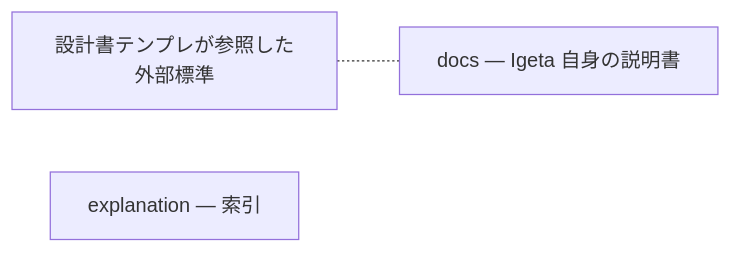
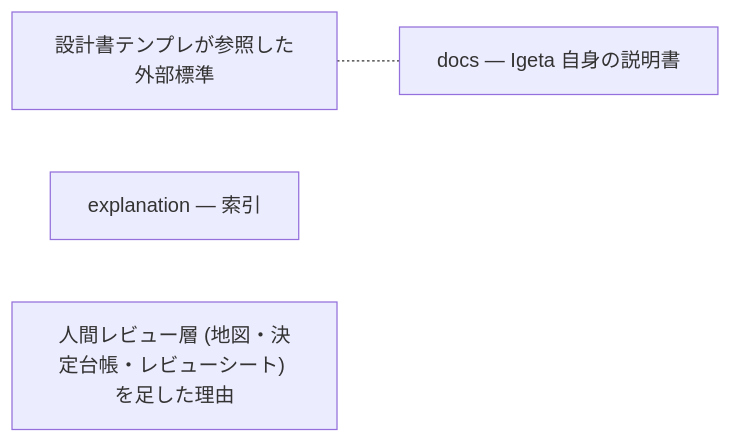
Before and after one commit to SakakitaniJunya/Igeta: the diagram in docs/dependencies.md, drawn with Mermaid. The commit also changed other lines of this file and 28 other files, not shown here.

First line of the commit message:
feat: 人間レビュー層 — 地図・決定台帳・機能ブリーフ・レビューシート・analyze・fix-ids (#12)

````diff
--- a/docs/dependencies.md
+++ b/docs/dependencies.md
@@ -12,19 +12,23 @@
 ```mermaid
 graph LR
   classDef standard fill:#fde68a,stroke:#92400e,color:#111
   classDef architecture fill:#bfdbfe,stroke:#1e3a8a,color:#111
   classDef strategy fill:#fbcfe8,stroke:#9d174d,color:#111
   classDef prd fill:#bbf7d0,stroke:#065f46,color:#111
   classDef business fill:#a7f3d0,stroke:#064e3b,color:#111
   classDef adr fill:#c7d2fe,stroke:#3730a3,color:#111
   classDef runbook fill:#fecaca,stroke:#7f1d1d,color:#111
   classDef guide fill:#e9d5ff,stroke:#581c87,color:#111
   classDef design fill:#ddd6fe,stroke:#6d28d9,color:#111
+  classDef map fill:#fef3c7,stroke:#78350f,color:#111
+  classDef decision_log fill:#fee2e2,stroke:#7f1d1d,color:#111
   design-doc-standards["設計書テンプレが参照した外部標準"]
   class design-doc-standards explanation
   docs-index["docs — Igeta 自身の説明書"]
   class docs-index index
   explanation-index["explanation — 索引"]
   class explanation-index index
+  human-review-layer["人間レビュー層 (地図・決定台帳・レビューシート) を足した理由"]
+  class human-review-layer explanation
   design-doc-standards -.- docs-index
 ```
````
